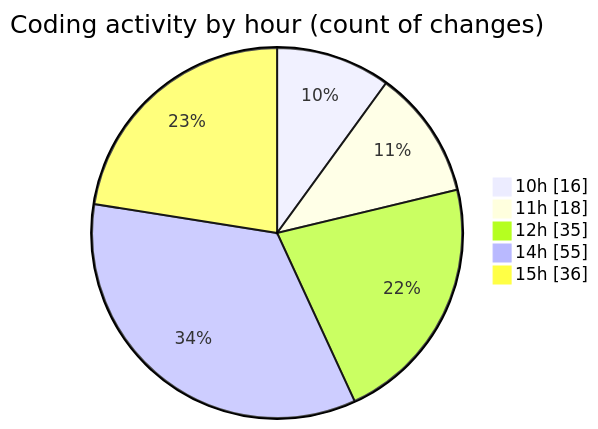
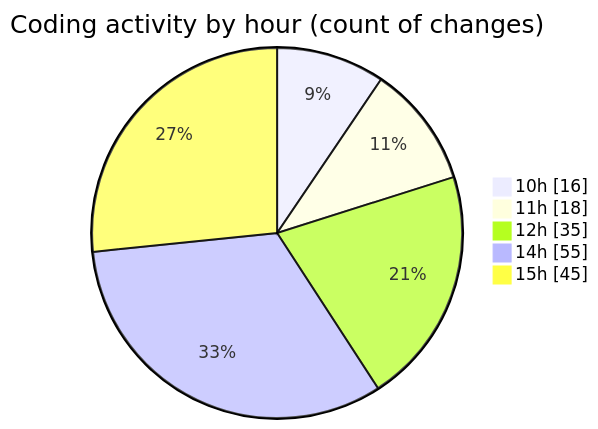
Before and after one commit to momahboobian/code-tracking: the second of 2 diagrams in 2026-05-06/cda/README.md, drawn with Mermaid. The commit also changed other lines of this file and 1 other file, not shown here.

````diff
--- a/2026-05-06/cda/README.md
+++ b/2026-05-06/cda/README.md
@@ -104,9 +104,9 @@
 ```mermaid
 pie showData
 title Coding activity by hour (count of changes)
 "10h" : 16
 "11h" : 18
 "12h" : 35
 "14h" : 55
-"15h" : 36
+"15h" : 45
 ```
````
